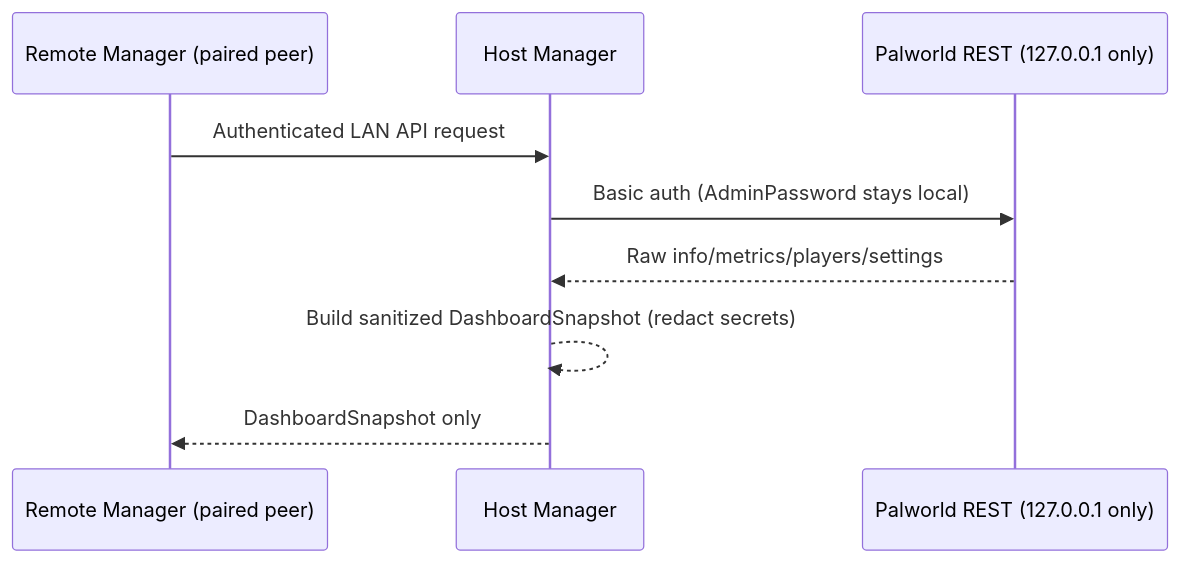
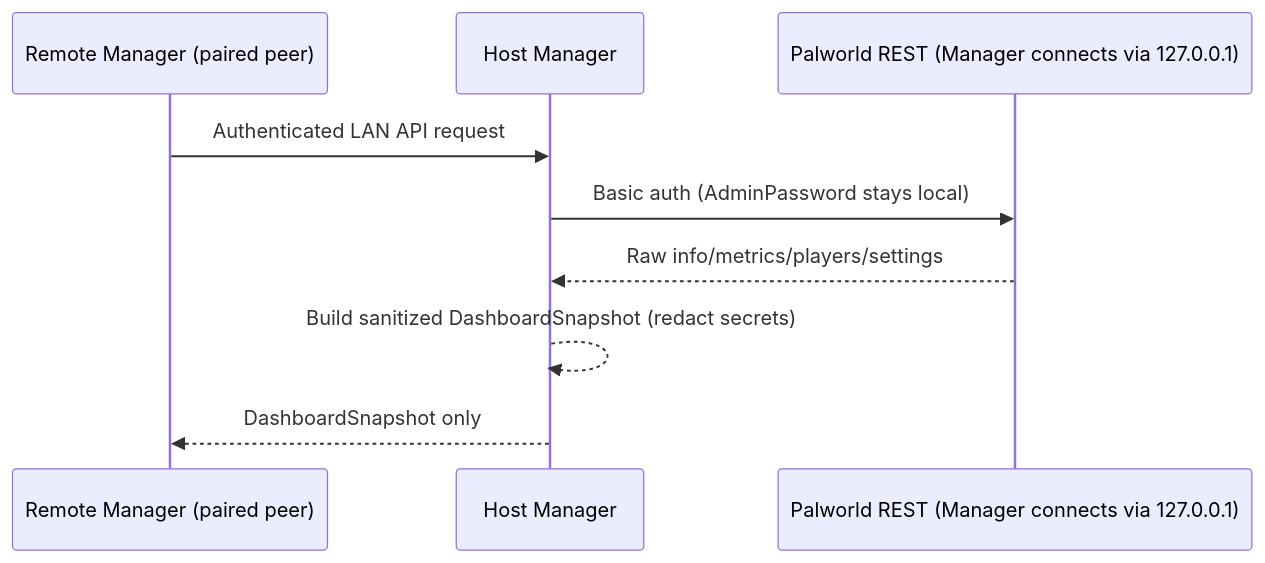
Before and after one commit to shoemin/Palworld-Server-Manager: the second of 2 diagrams in docs/developer/architecture.md, drawn with Mermaid. The commit also changed 14 other files, not shown here.

````diff
--- a/docs/developer/architecture.md
+++ b/docs/developer/architecture.md
@@ -21,12 +21,12 @@
 ```mermaid
 sequenceDiagram
     participant RemoteManager as Remote Manager (paired peer)
     participant HostManager as Host Manager
-    participant PalworldREST as Palworld REST (127.0.0.1 only)
+    participant PalworldREST as Palworld REST (Manager connects via 127.0.0.1)
 
     RemoteManager->>HostManager: Authenticated LAN API request
     HostManager->>PalworldREST: Basic auth (AdminPassword stays local)
     PalworldREST-->>HostManager: Raw info/metrics/players/settings
     HostManager-->>HostManager: Build sanitized DashboardSnapshot (redact secrets)
     HostManager-->>RemoteManager: DashboardSnapshot only
 ```
````
